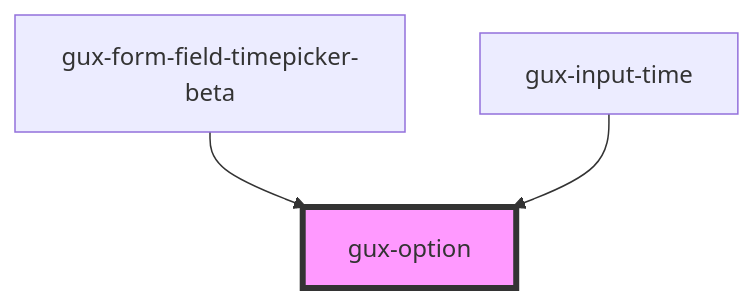
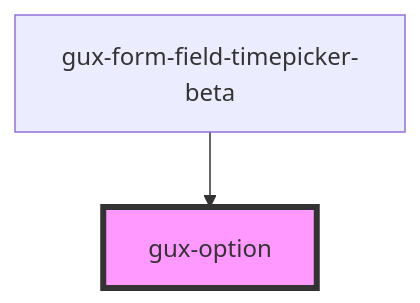
The diagram in src/components/stable/gux-dropdown/gux-option/readme.md (ouyuxuan/genesys-webcomponents), drawn with Mermaid before and after one commit. The commit also changed other lines of this file and 10 other files, not shown here.

````diff
--- a/src/components/stable/gux-dropdown/gux-option/readme.md
+++ b/src/components/stable/gux-dropdown/gux-option/readme.md
@@ -39,6 +38,5 @@
 ```mermaid
 graph TD;
   gux-form-field-timepicker-beta --> gux-option
-  gux-input-time --> gux-option
   style gux-option fill:#f9f,stroke:#333,stroke-width:4px
 ```
````
